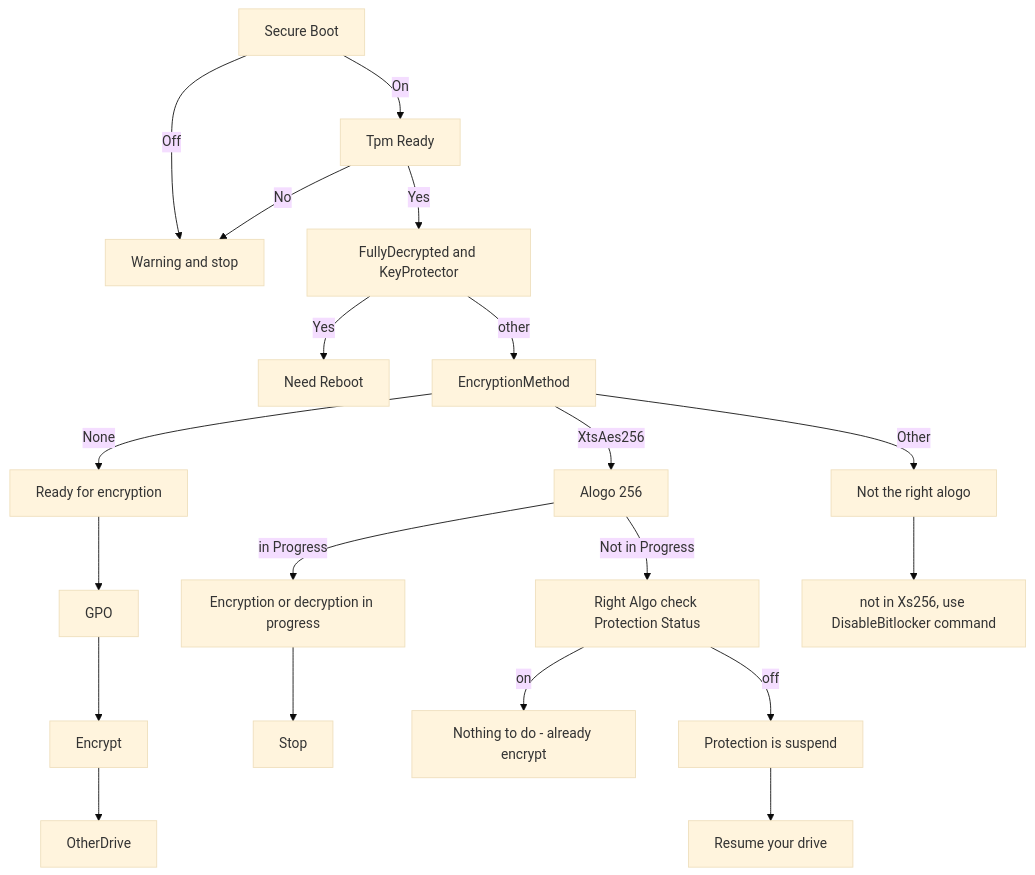
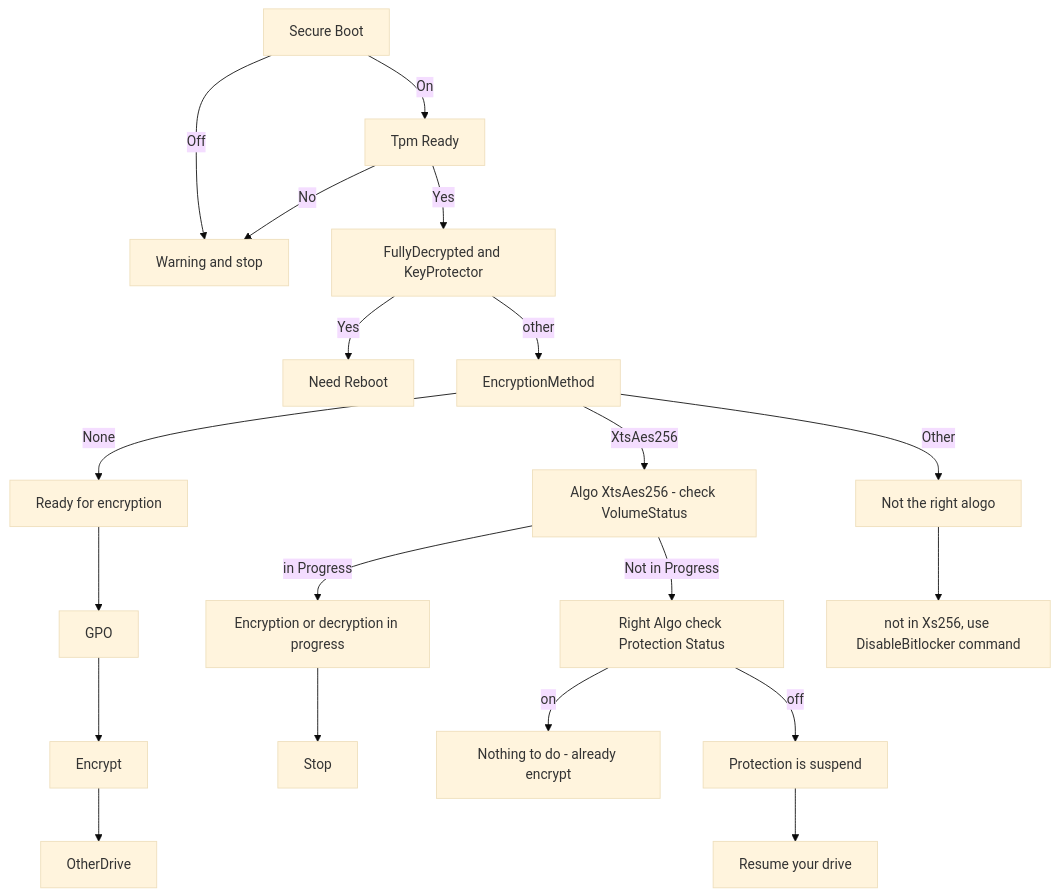
Before and after one commit to jl-oclinux/SecWinBatchMode: the diagram in BitlockerAlgo.md, drawn with Mermaid (base theme).

````diff
--- a/BitlockerAlgo.md
+++ b/BitlockerAlgo.md
@@ -3,19 +3,19 @@
 ```mermaid
 graph TD
    Node1[Secure Boot] -->|On| Node2
    Node1[Secure Boot] -->|Off| Node3[Warning and stop]
    Node2[Tpm Ready] --> |Yes|Node4
    Node2[Tpm Ready] --> |No|Node3
    Node4[FullyDecrypted and KeyProtector] --> |Yes|Reboot[Need Reboot]
    Node4[FullyDecrypted and KeyProtector] --> |other|Node5
    Node5[EncryptionMethod] --> |None| NodeNone
    Node5[EncryptionMethod] --> |XtsAes256| Node256
    Node5[EncryptionMethod] --> |Other| NodeOther
    NodeNone[Ready for encryption] --> gpo[GPO] --> encrypt[Encrypt] --> OtherDrive
-   Node256[Alogo 256] --> |in Progress| InProgress[Encryption or decryption in progress] --> Stop
-   Node256[Alogo 256] --> |Not in Progress| NotProgress
+   Node256[Algo XtsAes256 - check VolumeStatus] --> |in Progress| InProgress[Encryption or decryption in progress] --> Stop
+   Node256[Algo XtsAes256 - check VolumeStatus] --> |Not in Progress| NotProgress
    NotProgress[Right Algo check Protection Status] --> |on| nothing[Nothing to do - already encrypt]
    NotProgress[Right Algo check Protection Status] --> |off| suspend[Protection is suspend] --> resume[Resume your drive]
    NodeOther[Not the right alogo] --> Not256[not in Xs256, use DisableBitlocker command]
 
   ``` 
````
